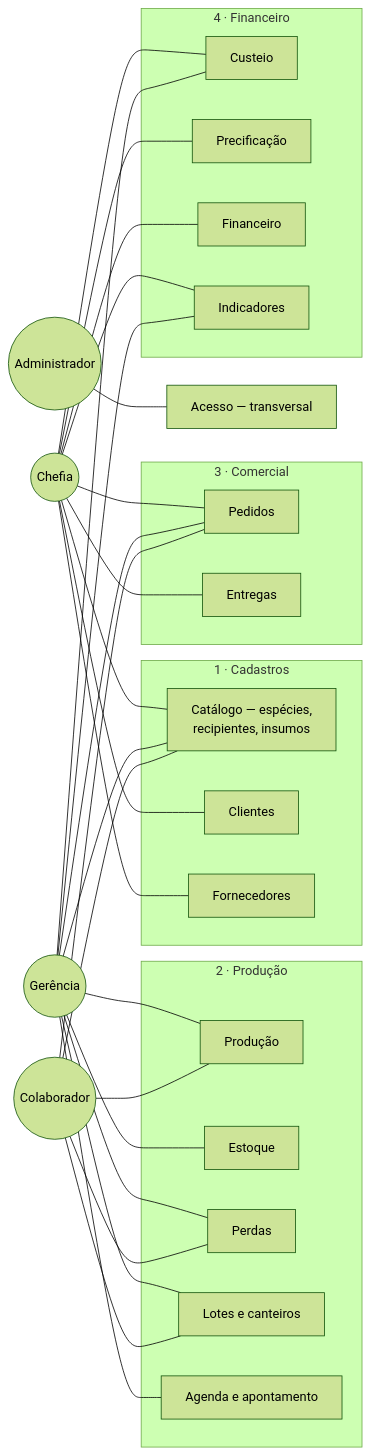
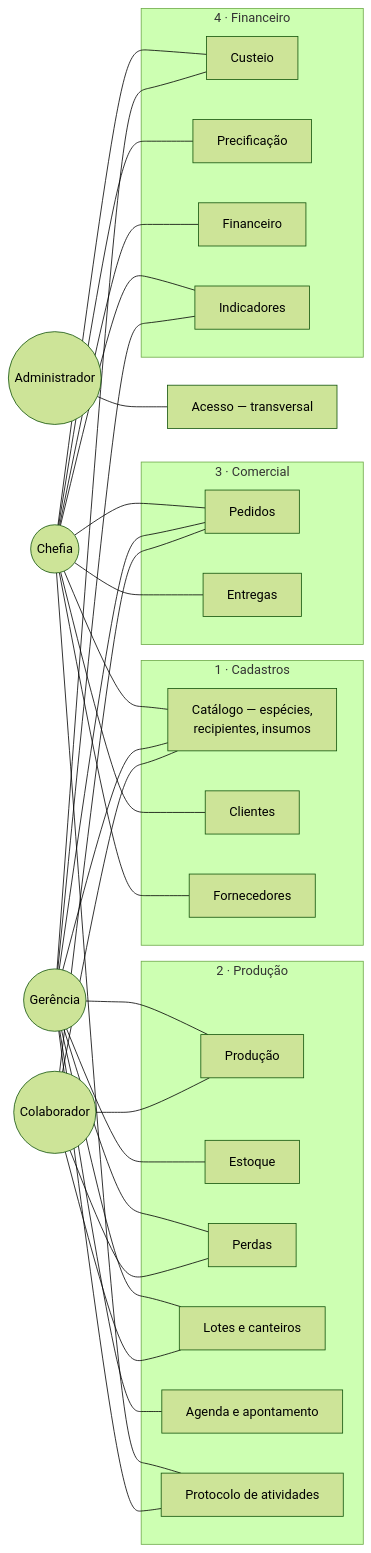
The first of 5 diagrams in docs/engenharia/C-modelagem/C1-diagrama-casos-de-uso.md (JoaoMudar/mudar), drawn with Mermaid (forest theme) before and after one commit. The commit also changed 35 other files, not shown here.

````diff
--- a/docs/engenharia/C-modelagem/C1-diagrama-casos-de-uso.md
+++ b/docs/engenharia/C-modelagem/C1-diagrama-casos-de-uso.md
@@ -40,59 +40,62 @@
 ```mermaid
 graph LR
   CH(("Chefia"))
   GE(("Gerência"))
   CO(("Colaborador"))
   AD(("Administrador"))
 
   subgraph M1["1 · Cadastros"]
     S13["Catálogo &mdash; espécies,<br/>recipientes, insumos"]
     S6["Clientes"]
     S9["Fornecedores"]
   end
   subgraph M2["2 · Produção"]
     S2["Produção"]
     S3["Estoque"]
     S4["Perdas"]
     S14["Lotes e canteiros"]
     S15["Agenda e apontamento"]
+    S16["Protocolo de atividades"]
   end
   subgraph M3["3 · Comercial"]
     S7["Pedidos"]
     S8["Entregas"]
   end
   subgraph M4["4 · Financeiro"]
     S1["Custeio"]
     S5["Precificação"]
     S10["Financeiro"]
     S11["Indicadores"]
   end
   S12["Acesso &mdash; transversal"]
 
   CH --- S13
   CH --- S1
   CH --- S5
   CH --- S6
   CH --- S7
   CH --- S8
   CH --- S9
   CH --- S10
   CH --- S11
+  CH --- S16
 
   GE --- S13
   GE --- S1
   GE --- S2
   GE --- S3
   GE --- S4
   GE --- S7
   GE --- S11
   GE --- S14
   GE --- S15
+  GE --- S16
 
   CO --- S13
   CO --- S2
   CO --- S4
   CO --- S7
   CO --- S14
 
   AD --- S12
 ```
````
